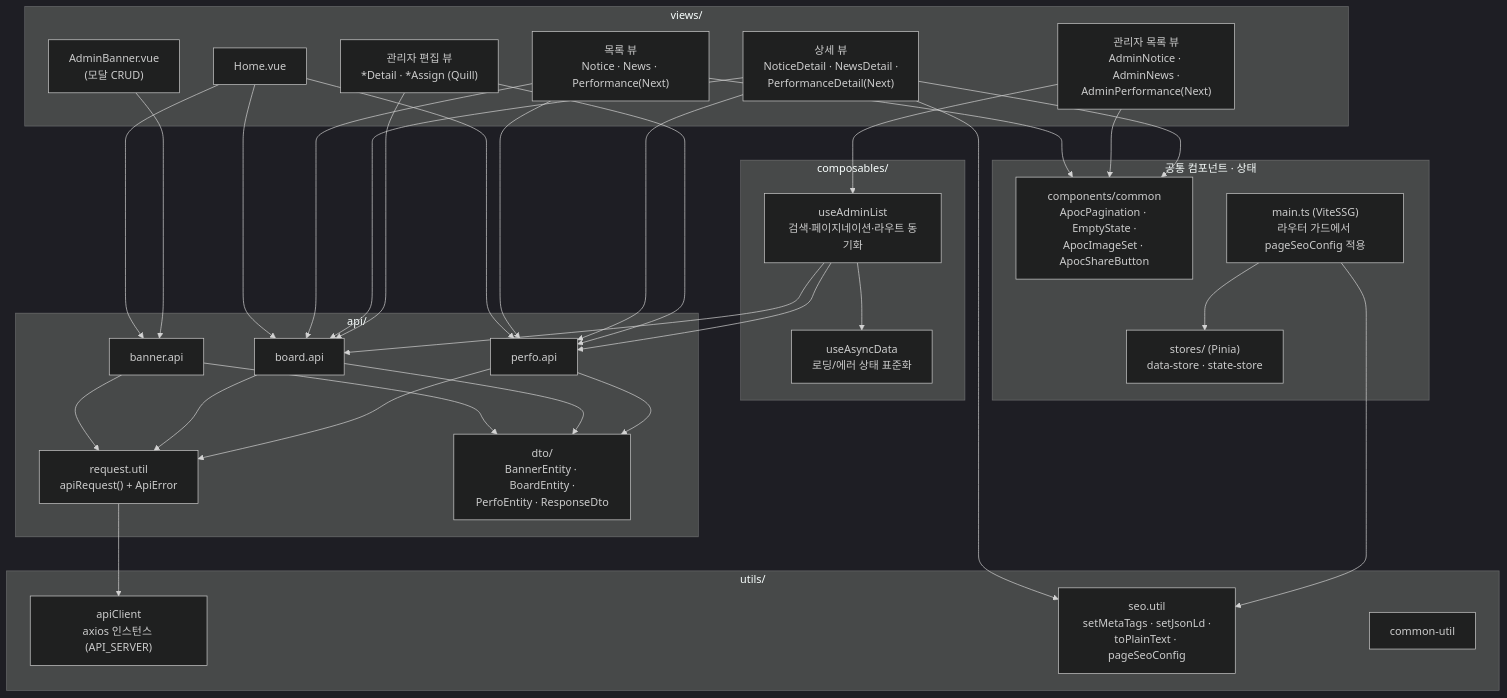
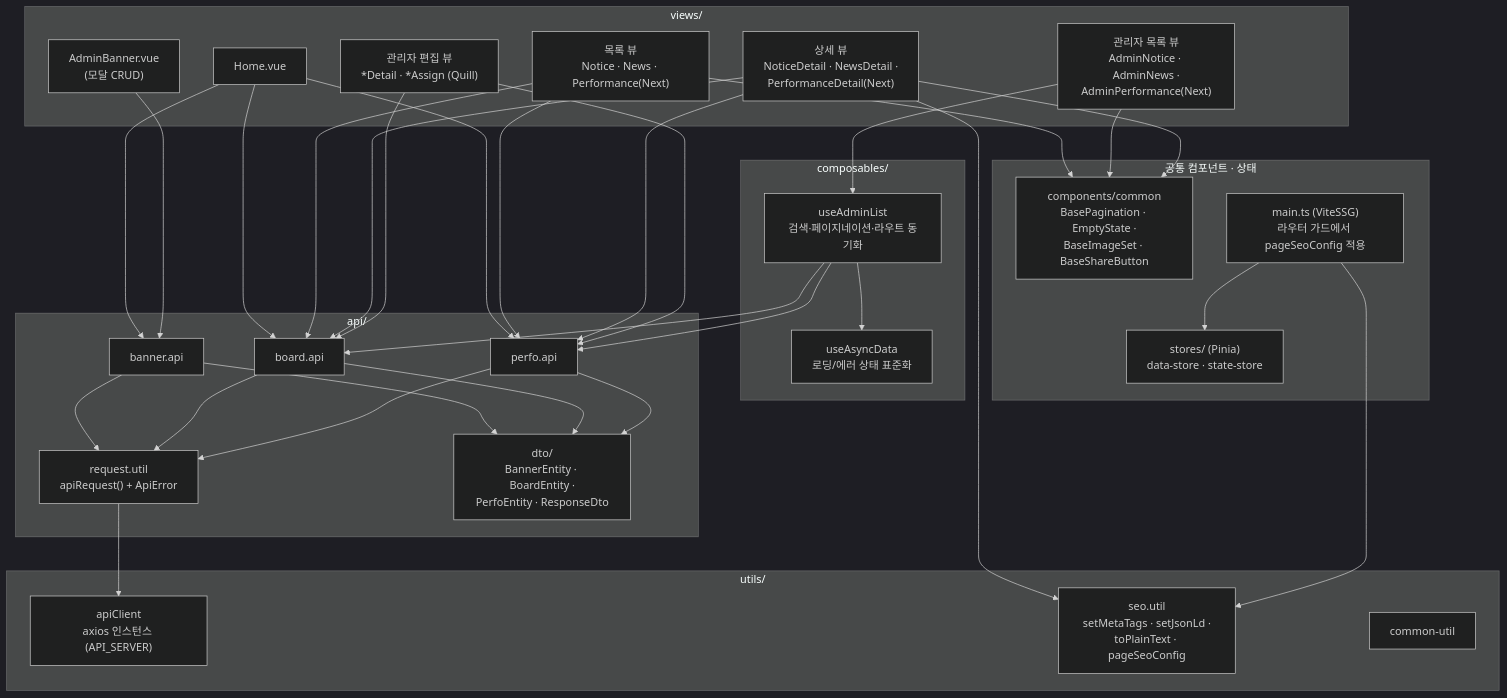
Before and after one commit to mmyonaa/outsourcing: the eighth of 8 diagrams in community/docs/ARCHITECTURE.md, drawn with Mermaid (dark theme). The commit also changed 1 other file, not shown here.

Commit message:
docs: 문서의 Apoc 컴포넌트 표기를 Base로 갱신
- README 프로젝트 구조: 공통 컴포넌트(Apoc* → Base*)
- ARCHITECTURE 다이어그램: ApocPagination/ImageSet/ShareButton → Base*

````diff
--- a/community/docs/ARCHITECTURE.md
+++ b/community/docs/ARCHITECTURE.md
@@ -292,56 +292,56 @@
 ```mermaid
 flowchart TB
     subgraph Views["views/"]
         HOME["Home.vue"]
         LIST["목록 뷰<br/>Notice · News · Performance(Next)"]
         DETAIL["상세 뷰<br/>NoticeDetail · NewsDetail ·<br/>PerformanceDetail(Next)"]
         ADMIN_L["관리자 목록 뷰<br/>AdminNotice · AdminNews ·<br/>AdminPerformance(Next)"]
         ADMIN_E["관리자 편집 뷰<br/>*Detail · *Assign (Quill)"]
         ABANNER["AdminBanner.vue<br/>(모달 CRUD)"]
     end
 
     subgraph Composables["composables/"]
         UAL["useAdminList<br/>검색·페이지네이션·라우트 동기화"]
         UAD["useAsyncData<br/>로딩/에러 상태 표준화"]
     end
 
     subgraph ApiLayer["api/"]
         BAPI["banner.api"]
         BOAPI["board.api"]
         PAPI["perfo.api"]
         REQ["request.util<br/>apiRequest() + ApiError"]
         DTO["dto/<br/>BannerEntity · BoardEntity ·<br/>PerfoEntity · ResponseDto"]
     end
 
     subgraph Utils["utils/"]
         CLIENT["apiClient<br/>axios 인스턴스 (API_SERVER)"]
         SEO["seo.util<br/>setMetaTags · setJsonLd ·<br/>toPlainText · pageSeoConfig"]
         COMMON["common-util"]
     end
 
     subgraph Shared["공통 컴포넌트 · 상태"]
-        COMP["components/common<br/>ApocPagination · EmptyState ·<br/>ApocImageSet · ApocShareButton"]
+        COMP["components/common<br/>BasePagination · EmptyState ·<br/>BaseImageSet · BaseShareButton"]
         STORE["stores/ (Pinia)<br/>data-store · state-store"]
         MAIN["main.ts (ViteSSG)<br/>라우터 가드에서 pageSeoConfig 적용"]
     end
 
     HOME --> BAPI & BOAPI & PAPI
     LIST --> BOAPI & PAPI
     DETAIL --> BOAPI & PAPI
     DETAIL --> SEO
     ADMIN_L --> UAL
     ADMIN_E --> BOAPI & PAPI
     ABANNER --> BAPI
 
     UAL --> UAD
     UAL --> BOAPI & PAPI
 
     BAPI & BOAPI & PAPI --> REQ
     BAPI & BOAPI & PAPI --> DTO
     REQ --> CLIENT
 
     MAIN --> SEO
     MAIN --> STORE
     LIST & ADMIN_L --> COMP
     DETAIL --> COMP
 ```
````
